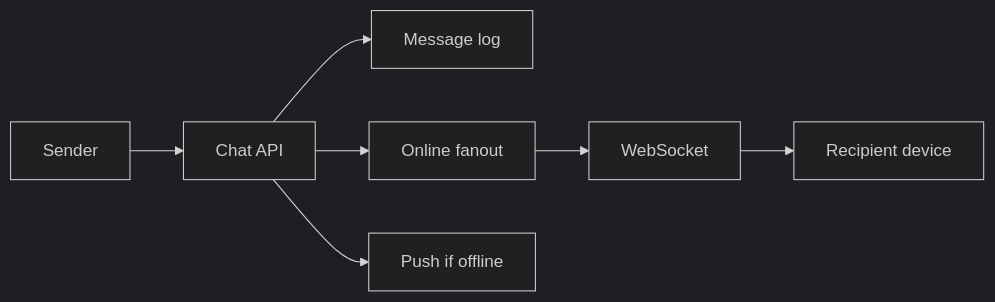
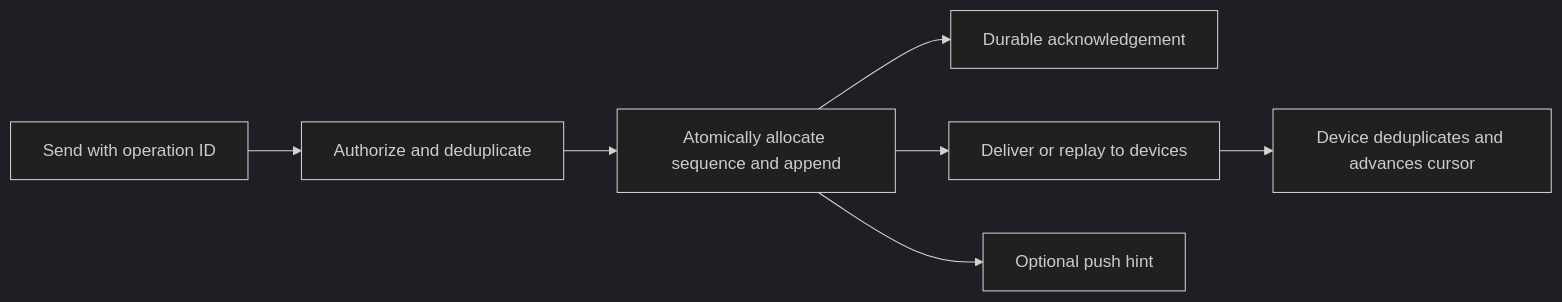
Before and after one commit to jdodsoncollins/study-material: the diagram in lessons/system-design/cases/chat-system/viz/delivery.md, drawn with Mermaid (dark theme). The commit also changed 175 other files, not shown here.

````diff
--- a/lessons/system-design/cases/chat-system/viz/delivery.md
+++ b/lessons/system-design/cases/chat-system/viz/delivery.md
@@ -3,9 +3,9 @@
 ```mermaid
 flowchart LR
-  send[Sender] --> api[Chat API]
-  api --> log[Message log]
-  api --> fan[Online fanout]
-  fan --> ws[WebSocket]
-  ws --> recv[Recipient device]
-  api --> push[Push if offline]
+  send[Send with operation ID] --> api[Authorize and deduplicate]
+  api --> log[Atomically allocate sequence and append]
+  log --> ack[Durable acknowledgement]
+  log --> fan[Deliver or replay to devices]
+  fan --> recv[Device deduplicates and advances cursor]
+  log --> push[Optional push hint]
 ```
````
